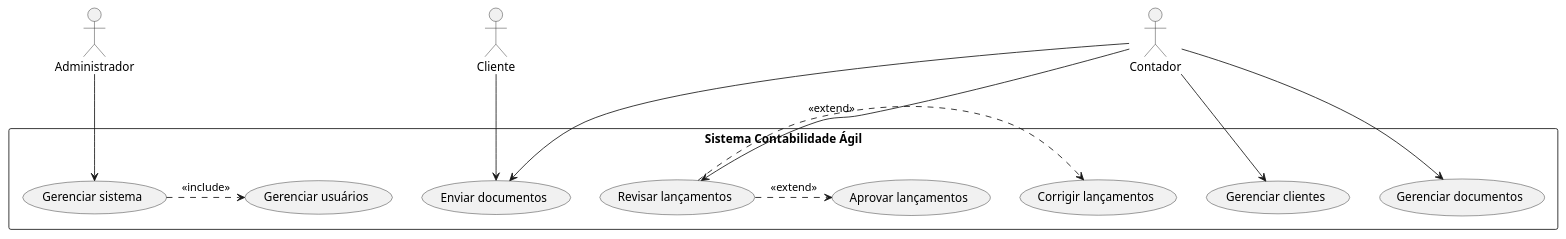
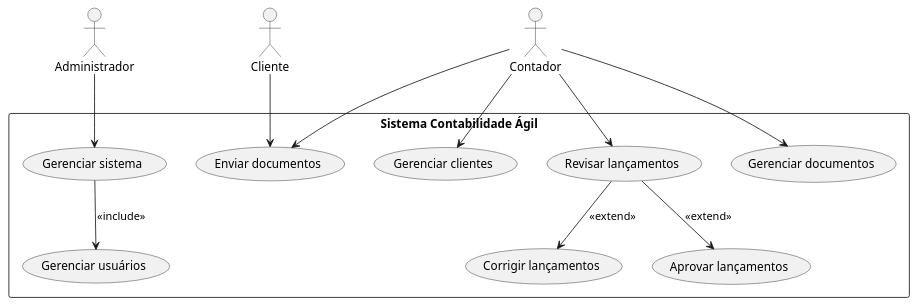
The diagram in docs/diagramas/caso-de-uso.puml (Engenharia-de-Software-Fatec/eng-softII-2026), drawn with PlantUML before and after one commit.

```diff
--- a/docs/diagramas/caso-de-uso.puml
+++ b/docs/diagramas/caso-de-uso.puml
@@ -1,40 +1,37 @@
 @startuml
-top to bottom direction
 
 actor Administrador
 actor Cliente
 actor Contador
 
 rectangle "Sistema Contabilidade Ágil" {
 
-  usecase "Gerenciar sistema" as GS
-  usecase "Gerenciar usuários" as GU
+  (Gerenciar sistema) as GS
+  (Gerenciar usuários) as GU
 
-  usecase "Enviar documentos" as ED
+  (Enviar documentos) as ED
 
-  usecase "Gerenciar clientes" as GC
+  (Gerenciar clientes) as GC
 
-  usecase "Revisar lançamentos" as RL
+  (Revisar lançamentos) as RL
+  (Aprovar lançamentos) as AL
+  (Corrigir lançamentos) as CL
 
-  usecase "Aprovar lançamentos" as AL
-  usecase "Corrigir lançamentos" as CL
+  (Gerenciar documentos) as GD
 
-  usecase "Gerenciar documentos" as GD
+  GS -down-> GU : <<include>>
 
-  Administrador --> GS
-
-  Cliente --> ED
-
-  Contador --> ED
-  Contador --> GC
-  Contador --> RL
-  Contador --> GD
-
-  GS .> GU : <<include>>
-
-  RL .> AL : <<extend>>
-  RL .> CL : <<extend>>
-
+  RL -down-> AL : <<extend>>
+  RL -down-> CL : <<extend>>
 }
 
+Administrador --> GS
+
+Cliente --> ED
+
+Contador --> ED
+Contador --> GC
+Contador --> RL
+Contador --> GD
+
 @enduml
```
